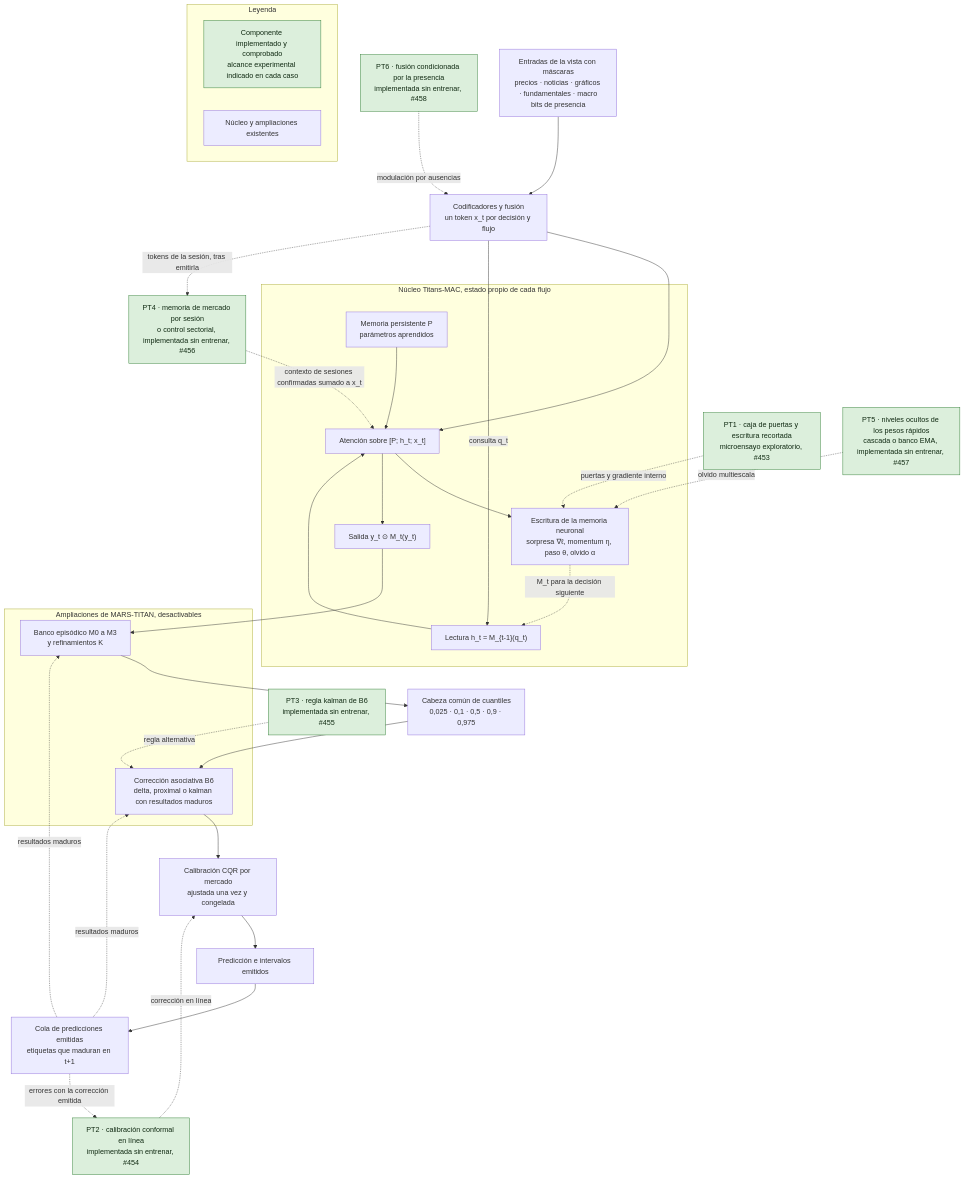
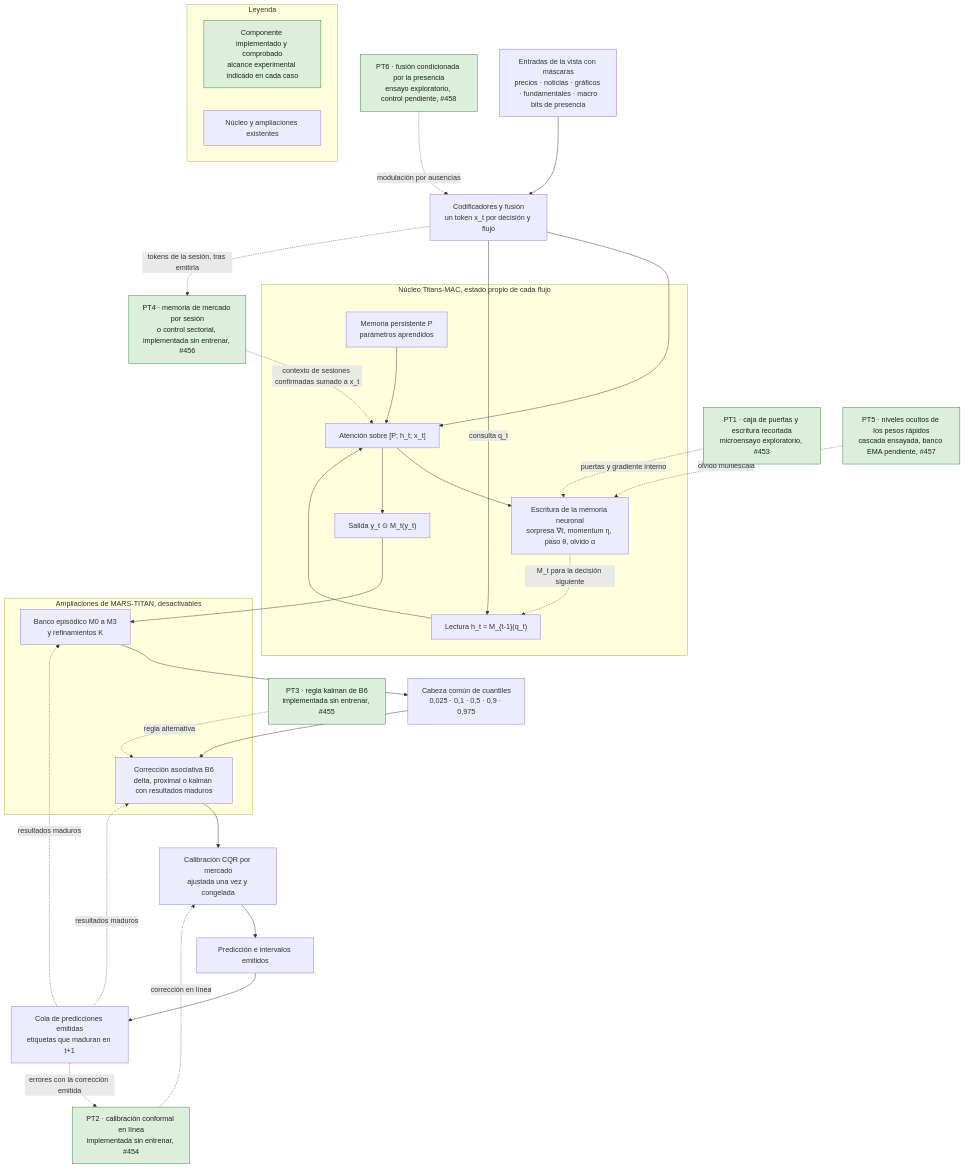
Before and after one commit to GonxKZ/mars-titan: the diagram in docs/research/titans-mac-architecture.md, drawn with Mermaid. The commit also changed other lines of this file and 1 other file, not shown here.

First line of the commit message:
docs(titans): reconcile architecture integration status

````diff
--- a/docs/research/titans-mac-architecture.md
+++ b/docs/research/titans-mac-architecture.md
@@ -267,61 +276,61 @@
 ```mermaid
 flowchart TD
     IN["Entradas de la vista con máscaras<br/>precios · noticias · gráficos · fundamentales · macro<br/>bits de presencia"]
     ENC["Codificadores y fusión<br/>un token x_t por decisión y flujo"]
 
     subgraph MAC["Núcleo Titans-MAC, estado propio de cada flujo"]
         P["Memoria persistente P<br/>parámetros aprendidos"]
         RD["Lectura h_t = M_{t-1}(q_t)"]
         ATT["Atención sobre [P; h_t; x_t]"]
         WR["Escritura de la memoria neuronal<br/>sorpresa ∇ℓ, momentum η, paso θ, olvido α"]
         OG["Salida y_t ⊙ M_t(y_t)"]
     end
 
     PT1["PT1 · caja de puertas y escritura recortada<br/>microensayo exploratorio, #453"]:::comprobado
-    PT6["PT6 · fusión condicionada por la presencia<br/>implementada sin entrenar, #458"]:::comprobado
-    PT5["PT5 · niveles ocultos de los pesos rápidos<br/>cascada o banco EMA, implementada sin entrenar, #457"]:::comprobado
+    PT6["PT6 · fusión condicionada por la presencia<br/>ensayo exploratorio, control pendiente, #458"]:::comprobado
+    PT5["PT5 · niveles ocultos de los pesos rápidos<br/>cascada ensayada, banco EMA pendiente, #457"]:::comprobado
     PT4["PT4 · memoria de mercado por sesión<br/>o control sectorial, implementada sin entrenar, #456"]:::comprobado
 
     subgraph EXT["Ampliaciones de MARS-TITAN, desactivables"]
         BANK["Banco episódico M0 a M3<br/>y refinamientos K"]
         B6["Corrección asociativa B6<br/>delta, proximal o kalman con resultados maduros"]
     end
 
     HEAD["Cabeza común de cuantiles<br/>0,025 · 0,1 · 0,5 · 0,9 · 0,975"]
 
     PT3["PT3 · regla kalman de B6<br/>implementada sin entrenar, #455"]:::comprobado
 
     CAL["Calibración CQR por mercado<br/>ajustada una vez y congelada"]
 
     PT2["PT2 · calibración conformal en línea<br/>implementada sin entrenar, #454"]:::comprobado
 
     OUT["Predicción e intervalos emitidos"]
     Q["Cola de predicciones emitidas<br/>etiquetas que maduran en t+1"]
 
     IN --> ENC --> ATT
     ENC -- consulta q_t --> RD
     P --> ATT
     RD --> ATT
     ATT --> WR
     ATT --> OG
     WR -. M_t para la decisión siguiente .-> RD
     OG --> BANK --> HEAD --> B6 --> CAL --> OUT
     OUT --> Q
     Q -. resultados maduros .-> BANK
     Q -. resultados maduros .-> B6
     Q -. errores con la corrección emitida .-> PT2
     PT1 -. puertas y gradiente interno .-> WR
     PT3 -. regla alternativa .-> B6
     PT2 -. corrección en línea .-> CAL
     PT6 -. modulación por ausencias .-> ENC
     PT5 -. olvido multiescala .-> WR
     ENC -. tokens de la sesión, tras emitirla .-> PT4
     PT4 -. contexto de sesiones confirmadas sumado a x_t .-> ATT
 
     subgraph LEY["Leyenda"]
         L1["Componente implementado y comprobado<br/>alcance experimental indicado en cada caso"]:::comprobado
         L2["Núcleo y ampliaciones existentes"]
     end
 
     classDef comprobado fill:#dcefdc,stroke:#2e7d32,color:#102a12
 ```
````
